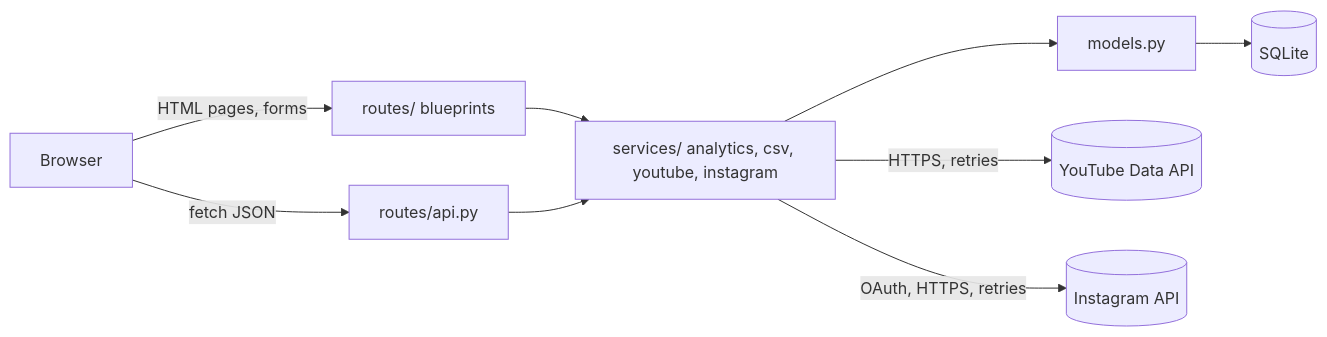
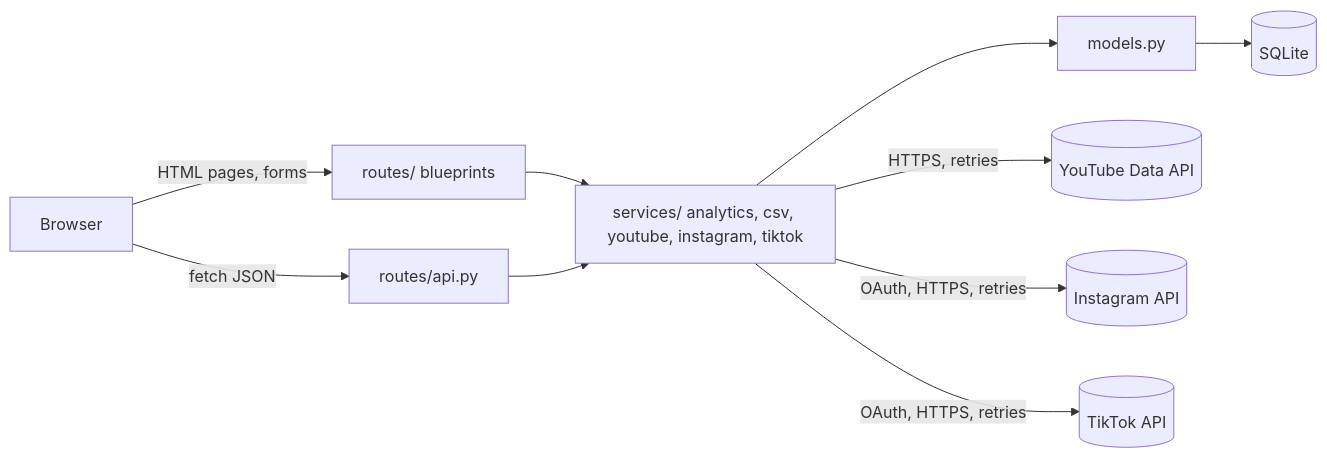
One commit to DuhShmere/Social-Media-Analytics-Tool changed the first of 2 diagrams in docs/ARCHITECTURE.md. Above: the diagram before and after it, drawn with Mermaid. The commit also changed other lines of this file and 1 other file, not shown here.

First line of the commit message:
Document TikTok setup and architecture

````diff
--- a/docs/ARCHITECTURE.md
+++ b/docs/ARCHITECTURE.md
@@ -7,11 +7,12 @@
 ```mermaid
 flowchart LR
     Browser -->|HTML pages, forms| Routes
     Browser -->|fetch JSON| API[routes/api.py]
     Routes[routes/ blueprints] --> Services
     API --> Services
-    Services[services/ analytics, csv, youtube, instagram] --> Models[models.py]
+    Services[services/ analytics, csv, youtube, instagram, tiktok] --> Models[models.py]
     Services -->|HTTPS, retries| YouTube[(YouTube Data API)]
     Services -->|OAuth, HTTPS, retries| Instagram[(Instagram API)]
+    Services -->|OAuth, HTTPS, retries| TikTok[(TikTok API)]
     Models --> DB[(SQLite)]
 ```
````
